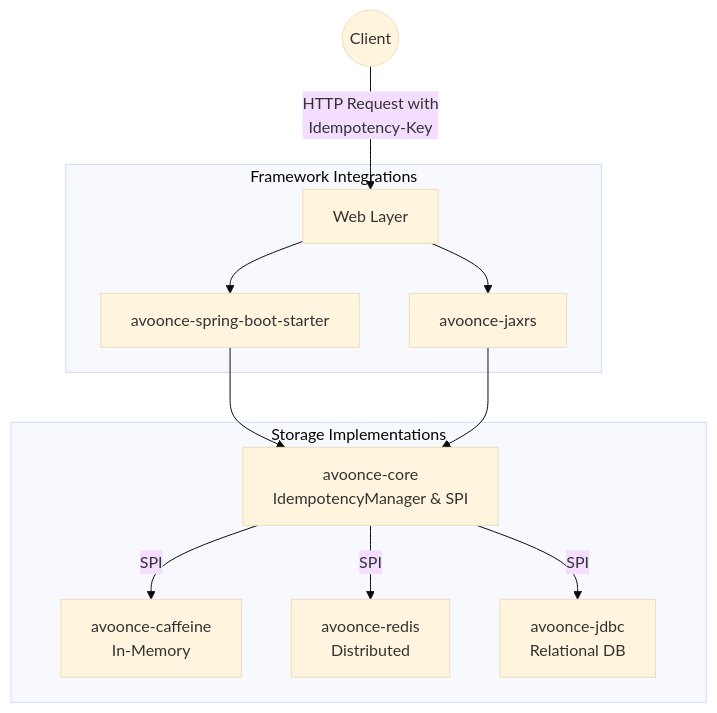
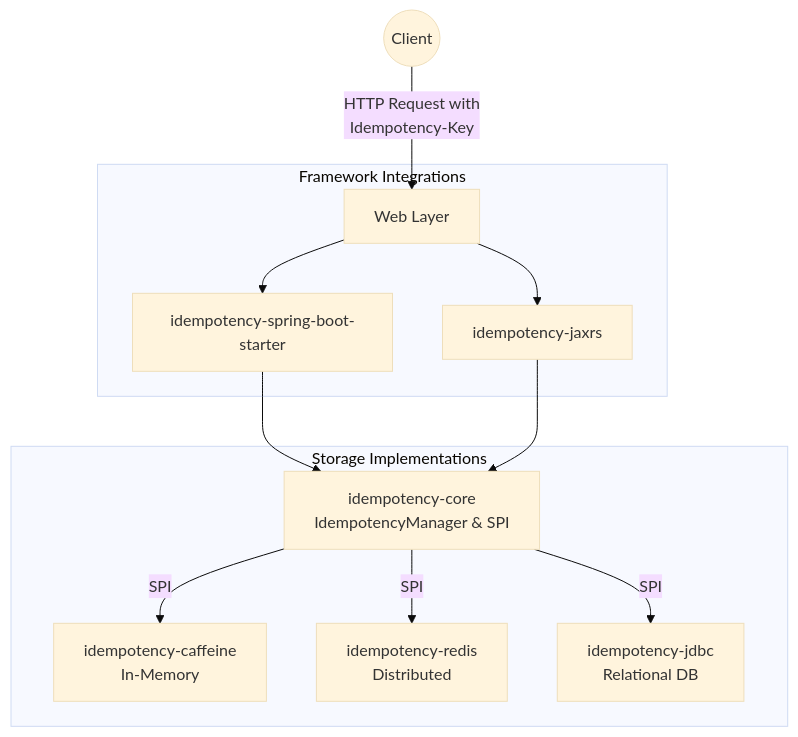
Before and after one commit to ravocode/AvoOnce: the diagram in README.md, drawn with Mermaid (base theme). The commit also changed other lines of this file and 15 other files, not shown here.

````diff
--- a/README.md
+++ b/README.md
@@ -21,18 +21,18 @@
 ```mermaid
 graph TD
     Client((Client)) -->|HTTP Request with<br/>Idempotency-Key| Web[Web Layer]
     
     subgraph Framework Integrations
-        Web --> SB[avoonce-spring-boot-starter]
-        Web --> JAX[avoonce-jaxrs]
+        Web --> SB[idempotency-spring-boot-starter]
+        Web --> JAX[idempotency-jaxrs]
     end
     
-    SB --> Core[avoonce-core<br/>IdempotencyManager & SPI]
+    SB --> Core[idempotency-core<br/>IdempotencyManager & SPI]
     JAX --> Core
     
     subgraph Storage Implementations
-        Core -->|SPI| Caff[avoonce-caffeine<br/>In-Memory]
-        Core -->|SPI| Red[avoonce-redis<br/>Distributed]
-        Core -->|SPI| JDBC[avoonce-jdbc<br/>Relational DB]
+        Core -->|SPI| Caff[idempotency-caffeine<br/>In-Memory]
+        Core -->|SPI| Red[idempotency-redis<br/>Distributed]
+        Core -->|SPI| JDBC[idempotency-jdbc<br/>Relational DB]
     end
 ```
````
